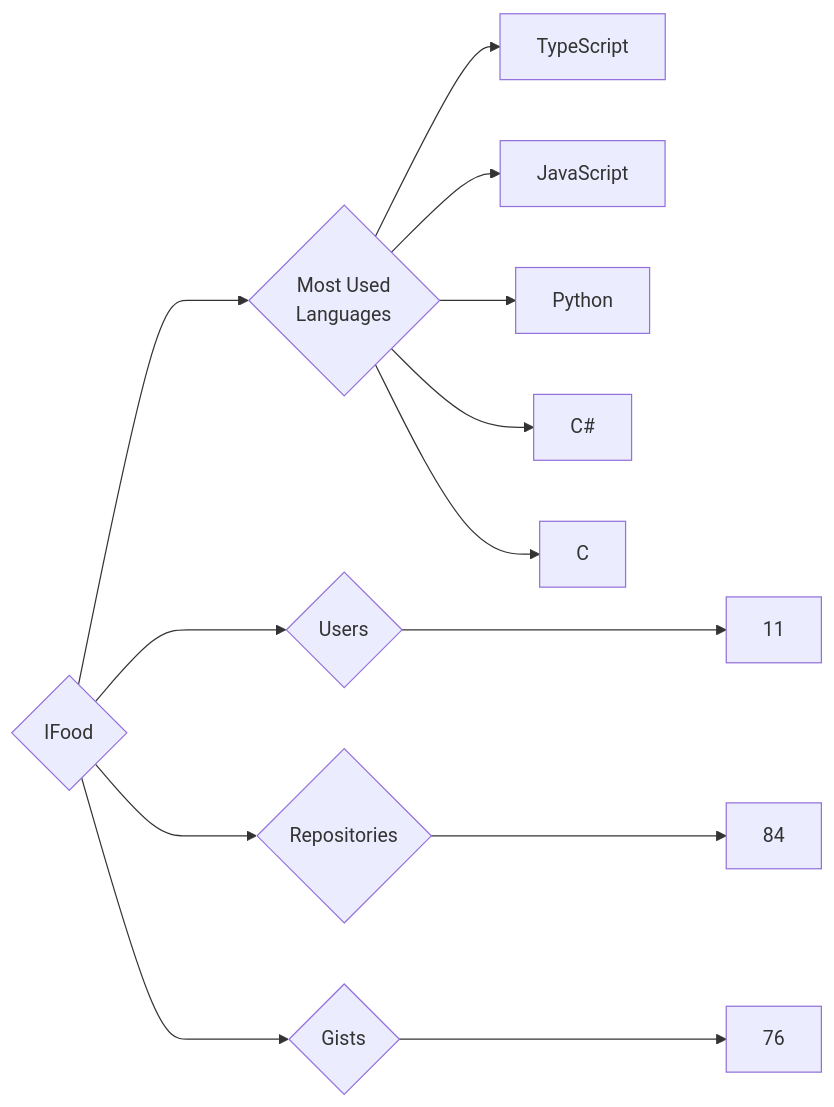
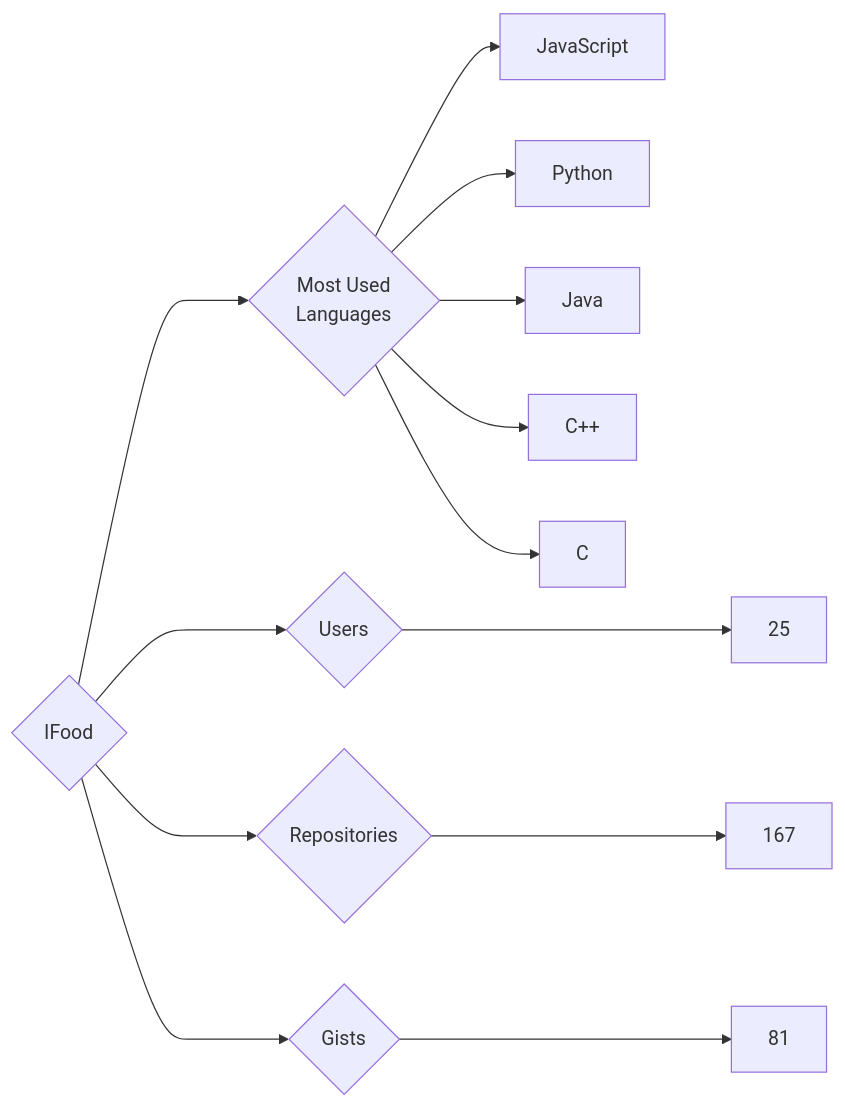
One commit to trickest/insiders changed the diagram in targets/IFood/README.md. Above: the diagram before and after it, drawn with Mermaid. The commit also changed 718 other files, not shown here.

````diff
--- a/targets/IFood/README.md
+++ b/targets/IFood/README.md
@@ -3,13 +3,13 @@
 ```mermaid
 graph LR
 COMPANY_NAME{IFood}
-COMPANY_NAME ---> U{Users} ---> UN[11]
-COMPANY_NAME ---> R{Repositories} ---> RN[84]
-COMPANY_NAME ---> G{Gists} ---> GN[76]
+COMPANY_NAME ---> U{Users} ---> UN[25]
+COMPANY_NAME ---> R{Repositories} ---> RN[167]
+COMPANY_NAME ---> G{Gists} ---> GN[81]
 COMPANY_NAME ---> ML{Most Used<br>Languages}
-ML --> TypeScript[TypeScript]
 ML --> JavaScript[JavaScript]
 ML --> Python[Python]
-ML --> C#[C#]
+ML --> Java[Java]
+ML --> C++[C++]
 ML --> C[C]
 ```
````
